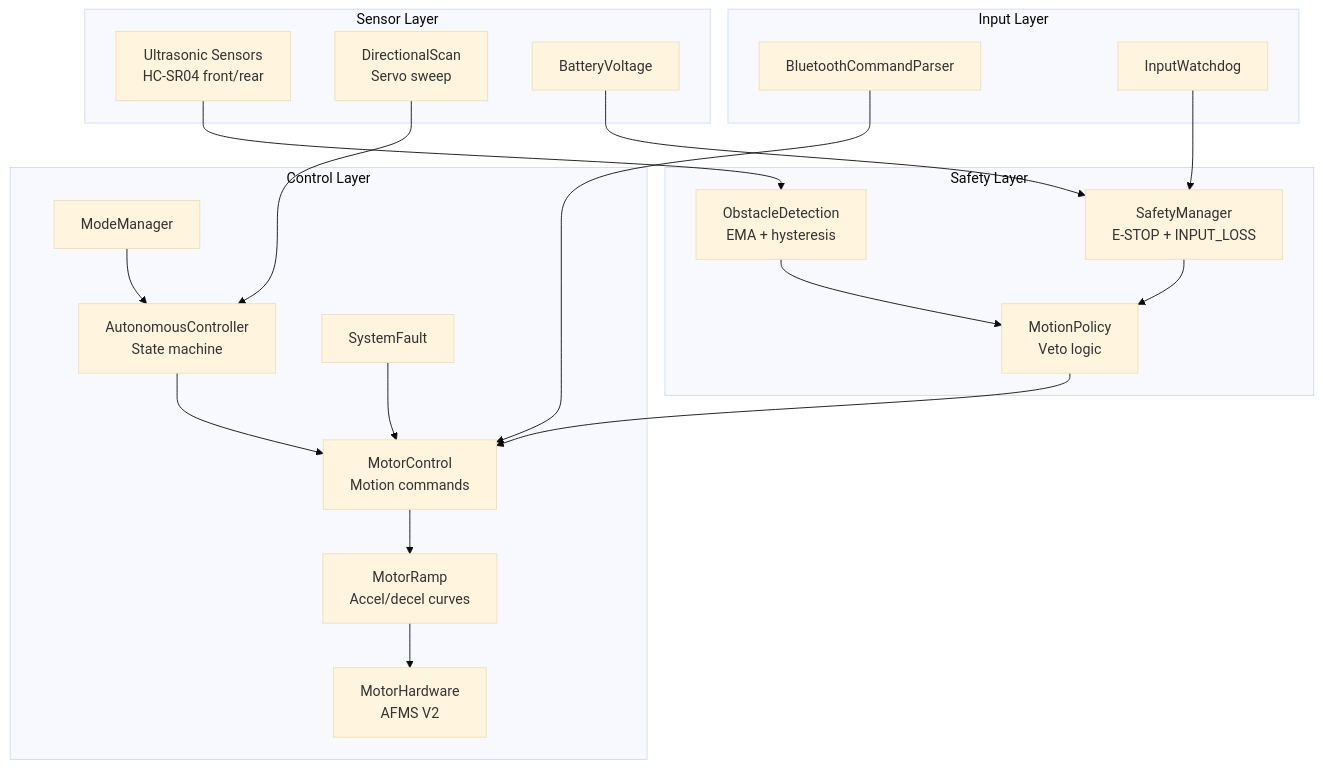
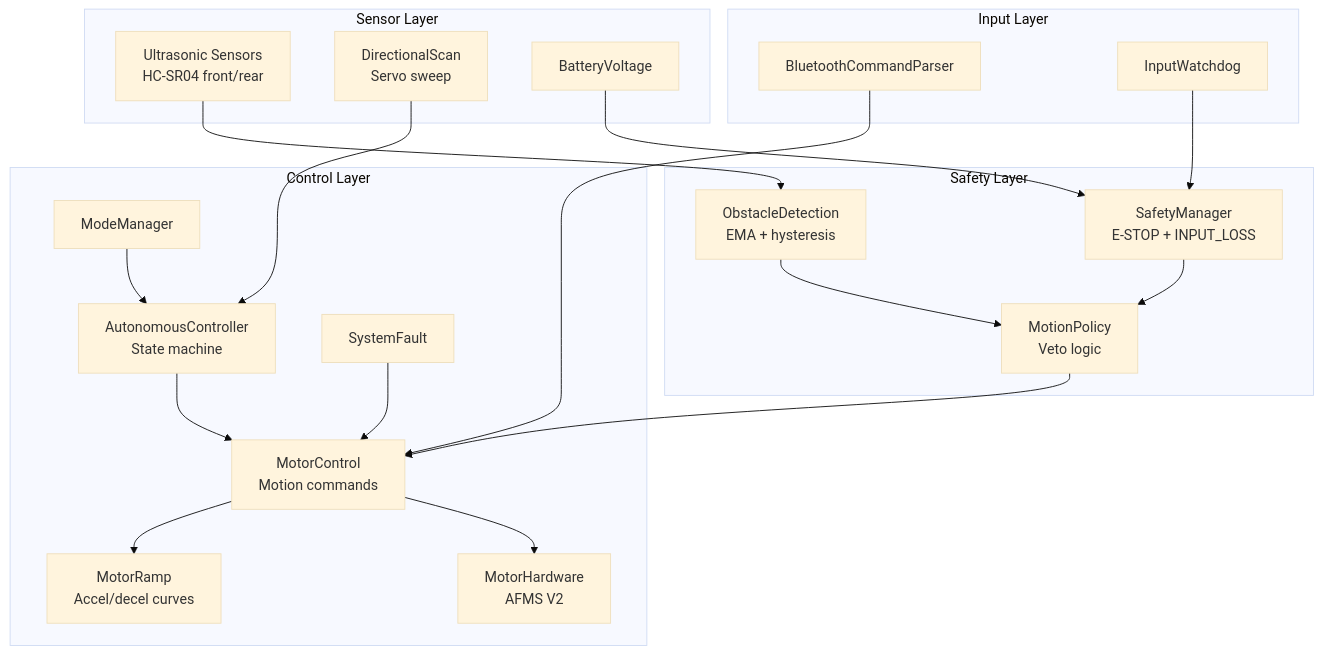
The first of 3 diagrams in Project-MecanumCar_ARCHITECTURE.md (ken47-1/Project-MecanumCar), drawn with Mermaid (base theme) before and after one commit. The commit also changed other lines of this file and 2 other files, not shown here.

````diff
--- a/Project-MecanumCar_ARCHITECTURE.md
+++ b/Project-MecanumCar_ARCHITECTURE.md
@@ -126,42 +127,42 @@
 ```mermaid
 graph TB
     subgraph Input["Input Layer"]
         BT[BluetoothCommandParser]
         WD[InputWatchdog]
     end
 
     subgraph Sensors["Sensor Layer"]
         US[Ultrasonic Sensors<br>HC-SR04 front/rear]
         DS[DirectionalScan<br>Servo sweep]
         BV[BatteryVoltage]
     end
 
     subgraph Safety["Safety Layer"]
         OD[ObstacleDetection<br>EMA + hysteresis]
         SM[SafetyManager<br>E-STOP + INPUT_LOSS]
         MP[MotionPolicy<br>Veto logic]
     end
 
     subgraph Control["Control Layer"]
         MC[MotorControl<br>Motion commands]
         MR[MotorRamp<br>Accel/decel curves]
         MH[MotorHardware<br>AFMS V2]
         AM[AutonomousController<br>State machine]
         MF[SystemFault]
         MD[ModeManager]
     end
 
     BT --> MC
     WD --> SM
     US --> OD
     DS --> AM
     BV --> SM
     OD --> MP
     SM --> MP
     MP --> MC
     AM --> MC
     MC --> MR
-    MR --> MH
+    MC --> MH
     MF --> MC
     MD --> AM
 ```
````
